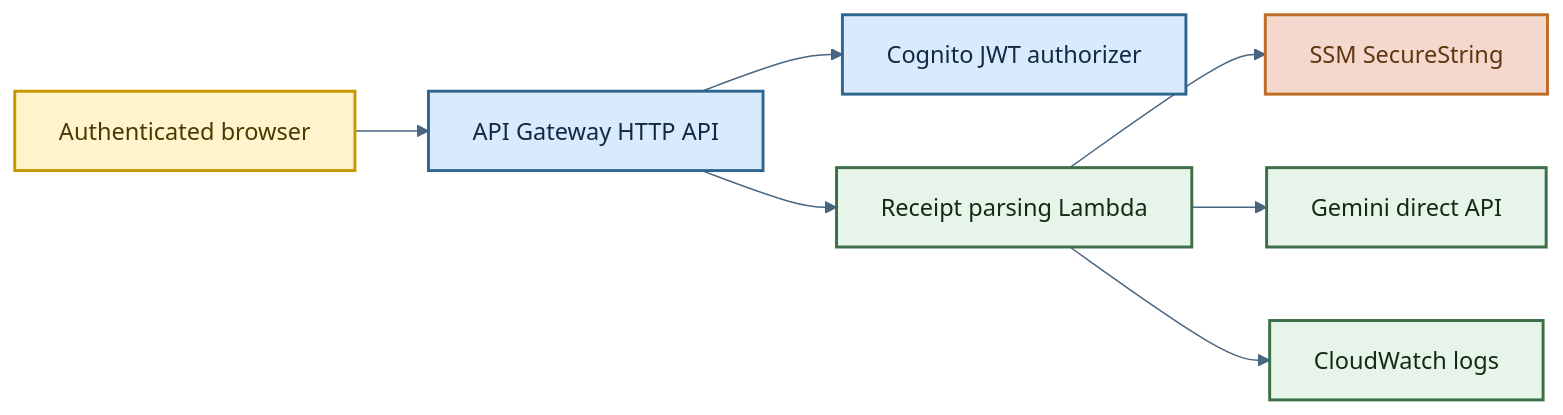
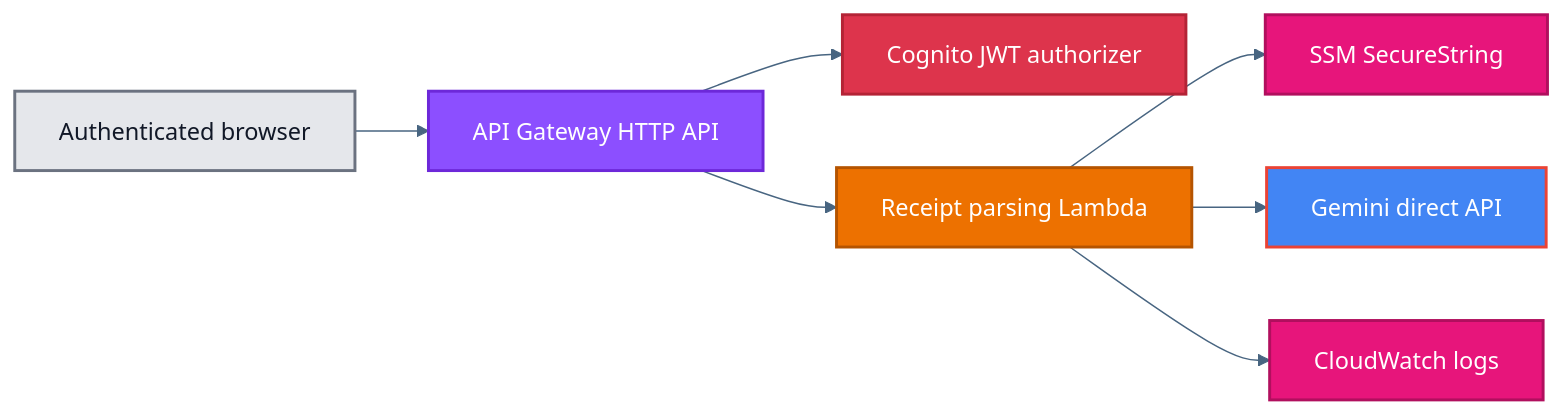
Before and after one commit to reiganarmstrong/check-split-mono: the diagram in infra/modules/receipt-ingestion-api/README.md, drawn with Mermaid. The commit also changed 9 other files, not shown here.

First line of the commit message:
docs(readme): align architecture diagrams and hosting docs

````diff
--- a/infra/modules/receipt-ingestion-api/README.md
+++ b/infra/modules/receipt-ingestion-api/README.md
@@ -17,30 +17,36 @@
 ```mermaid
 ---
 config:
   theme: base
   themeVariables:
     primaryColor: "#D9EAFD"
     primaryTextColor: "#102A43"
     primaryBorderColor: "#2F6690"
     lineColor: "#486581"
     secondaryColor: "#E6F4EA"
     tertiaryColor: "#FFF4CC"
 ---
 flowchart LR
   U["Authenticated browser"] --> A["API Gateway HTTP API"]
   A --> J["Cognito JWT authorizer"]
   A --> L["Receipt parsing Lambda"]
   L --> S["SSM SecureString"]
   L --> G["Gemini direct API"]
   L --> C["CloudWatch logs"]
 
-  classDef client fill:#FFF4CC,stroke:#C99700,color:#4A3A00,stroke-width:2px;
-  classDef ingress fill:#D9EAFD,stroke:#2F6690,color:#102A43,stroke-width:2px;
-  classDef compute fill:#E6F4EA,stroke:#3C6E47,color:#132A13,stroke-width:2px;
-  classDef secret fill:#F4D8CD,stroke:#BC6C25,color:#5F370E,stroke-width:2px;
+  classDef client fill:#E5E7EB,stroke:#6B7280,color:#111827,stroke-width:2px;
+  classDef apiGateway fill:#8C4FFF,stroke:#6D28D9,color:#FFFFFF,stroke-width:2px;
+  classDef cognito fill:#DD344C,stroke:#B42336,color:#FFFFFF,stroke-width:2px;
+  classDef lambda fill:#ED7100,stroke:#B55400,color:#FFFFFF,stroke-width:2px;
+  classDef ssm fill:#E7157B,stroke:#B10F5E,color:#FFFFFF,stroke-width:2px;
+  classDef gemini fill:#4285F4,stroke:#EA4335,color:#FFFFFF,stroke-width:2px;
+  classDef cloudwatch fill:#E7157B,stroke:#B10F5E,color:#FFFFFF,stroke-width:2px;
 
   class U client;
-  class A,J ingress;
-  class L,G,C compute;
-  class S secret;
+  class A apiGateway;
+  class J cognito;
+  class L lambda;
+  class S ssm;
+  class G gemini;
+  class C cloudwatch;
 ```
````
